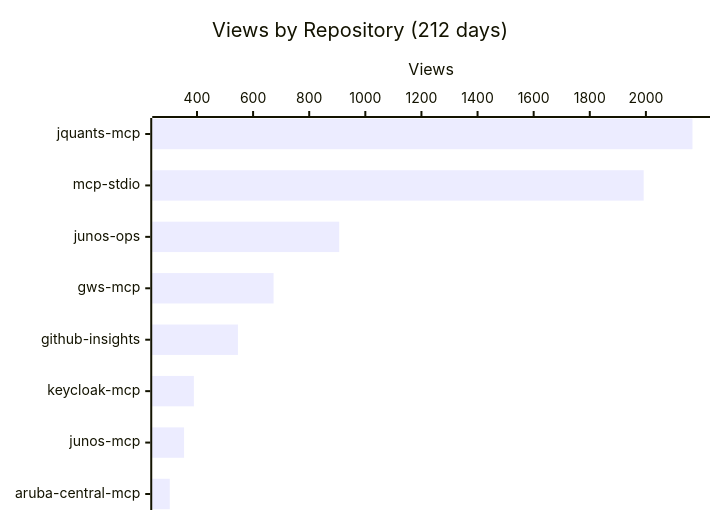
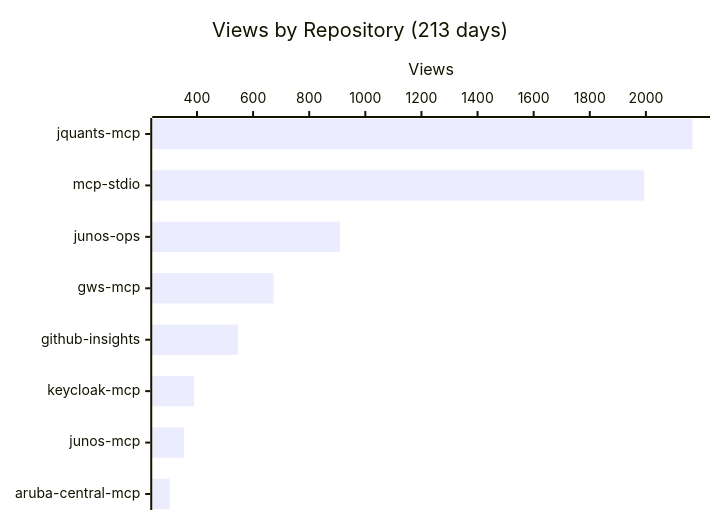
Before and after one commit to shigechika/github-insights: the first of 4 diagrams in README.md, drawn with Mermaid. The commit also changed other lines of this file and 2 other files, not shown here.

````diff
--- a/README.md
+++ b/README.md
@@ -18,7 +18,7 @@
 ```mermaid
 xychart-beta horizontal
-    title "Views by Repository (212 days)"
+    title "Views by Repository (213 days)"
     x-axis ["jquants-mcp", "mcp-stdio", "junos-ops", "gws-mcp", "github-insights", "keycloak-mcp", "junos-mcp", "aruba-central-mcp"]
     y-axis "Views"
-    bar [2166, 1992, 907, 673, 546, 389, 354, 303]
+    bar [2166, 1994, 910, 673, 546, 389, 354, 303]
 ```
````
